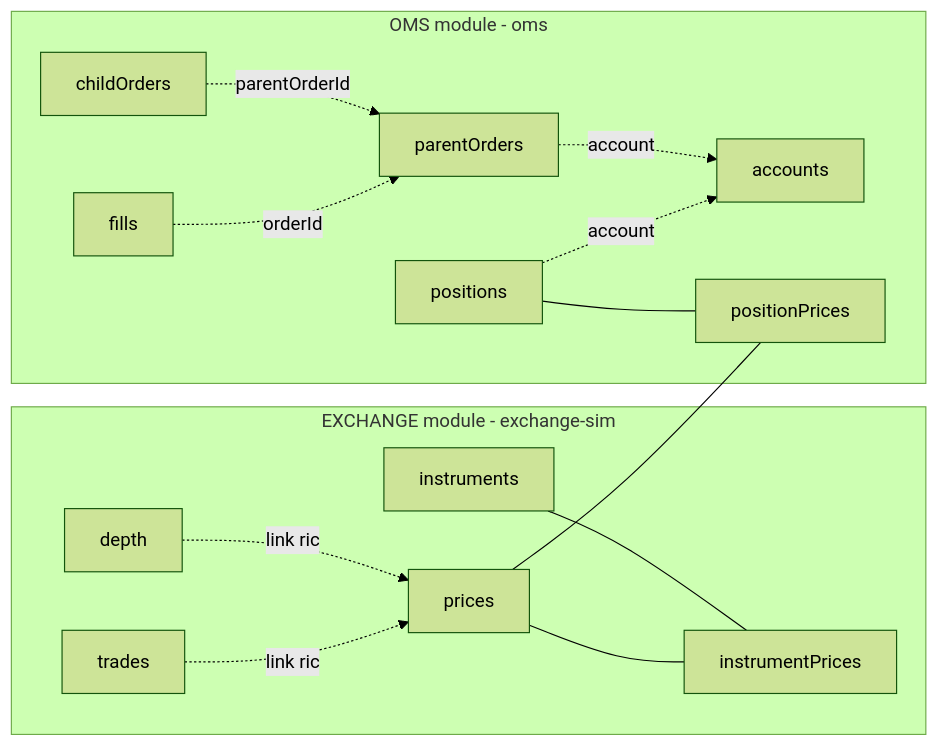
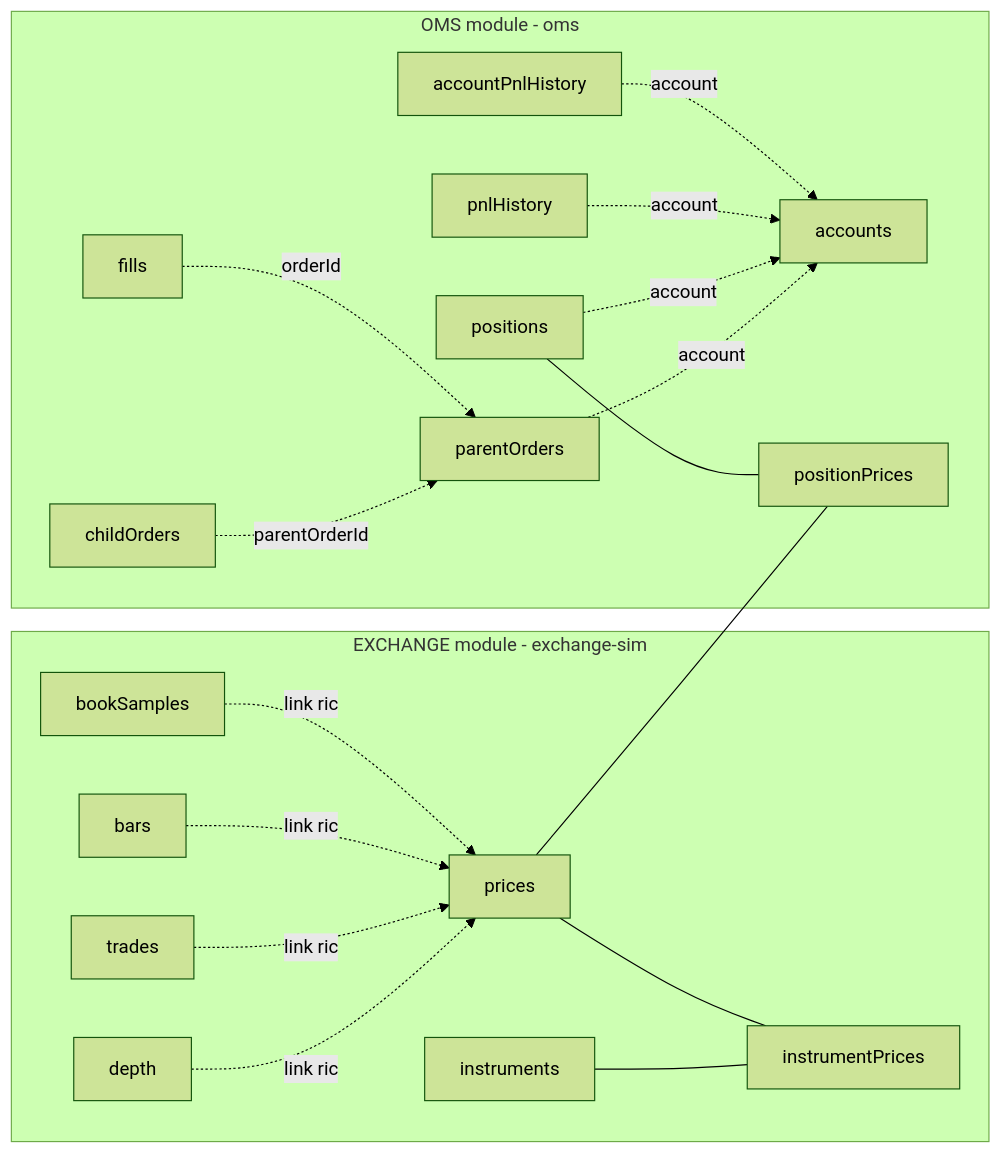
The diagram in docs/schemas.md (heswell/trader), drawn with Mermaid (forest theme) before and after one commit. The commit also changed other lines of this file and 3 other files, not shown here.

Commit message:
Docs: list the chart data tables in schema and module overviews

````diff
--- a/docs/schemas.md
+++ b/docs/schemas.md
@@ -9,18 +9,22 @@
 ```mermaid
 flowchart LR
   subgraph EXCHANGE [EXCHANGE module - exchange-sim]
     instruments --- instrumentPrices
     prices --- instrumentPrices
     depth -. link ric .-> prices
     trades -. link ric .-> prices
+    bars -. link ric .-> prices
+    bookSamples -. link ric .-> prices
   end
   subgraph OMS [OMS module - oms]
     accounts
     parentOrders -. account .-> accounts
     childOrders -. parentOrderId .-> parentOrders
     fills -. orderId .-> parentOrders
     positions -. account .-> accounts
     positions --- positionPrices
+    pnlHistory -. account .-> accounts
+    accountPnlHistory -. account .-> accounts
   end
   prices --- positionPrices
 ```
````
